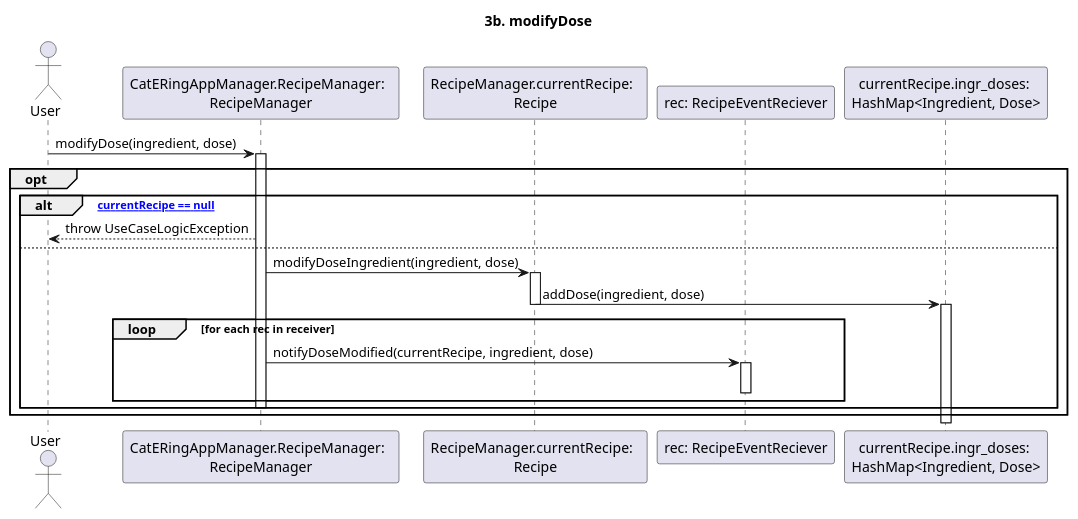
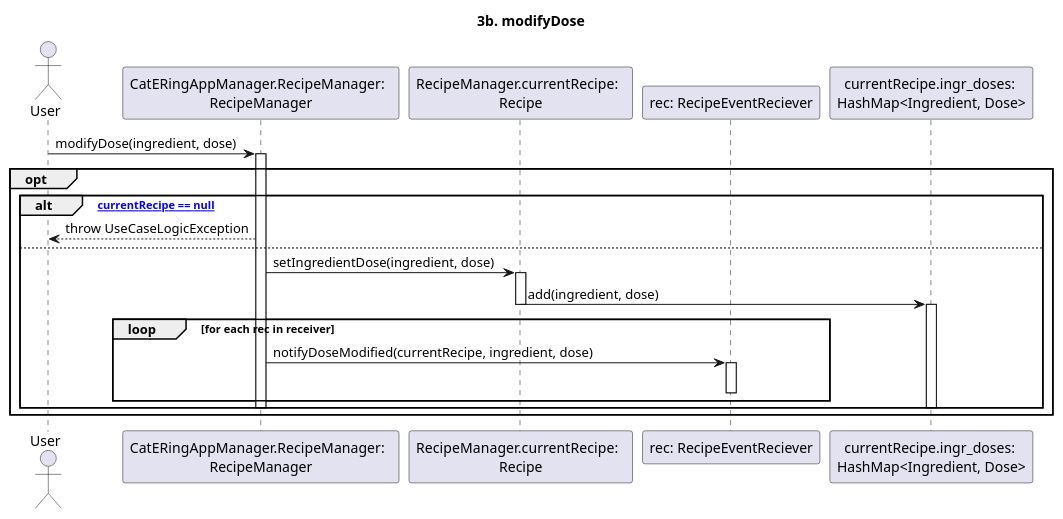
Before and after one commit to m0canu1/sas: the diagram in dsd/dsd-ricette/estensioni/3b-modifyDose.md, drawn with PlantUML. The commit also changed 14 other files, not shown here.

````diff
--- a/dsd/dsd-ricette/estensioni/3b-modifyDose.md
+++ b/dsd/dsd-ricette/estensioni/3b-modifyDose.md
@@ -1,35 +1,34 @@
 ```plantuml
 
 title: 3b. modifyDose
 
 Actor User
 Participant "CatERingAppManager.RecipeManager:  \nRecipeManager" as RM
 Participant "RecipeManager.currentRecipe:  \nRecipe" as CR
 Participant "rec: RecipeEventReciever" as RER
 Participant "currentRecipe.ingr_doses: \nHashMap<Ingredient, Dose>" as HM
 User -> RM: modifyDose(ingredient, dose)
 Activate RM
 opt
 	alt ["currentRecipe == null"]
 		RM --> User: throw UseCaseLogicException
 	else 
 
-		RM -> CR: modifyDoseIngredient(ingredient, dose)
+		RM -> CR: setIngredientDose(ingredient, dose)
         Activate CR
-        CR -> HM: addDose(ingredient, dose)
+        CR -> HM: add(ingredient, dose)
         Deactivate CR		
         Activate HM
         
-        Deactivate HM
        	
         loop for each rec in receiver
             RM -> RER: notifyDoseModified(currentRecipe, ingredient, dose)
             activate RER 
             deactivate RER
 		end
-
+        Deactivate HM
 	
 		Deactivate RM
 	end
 end
 ```
````
